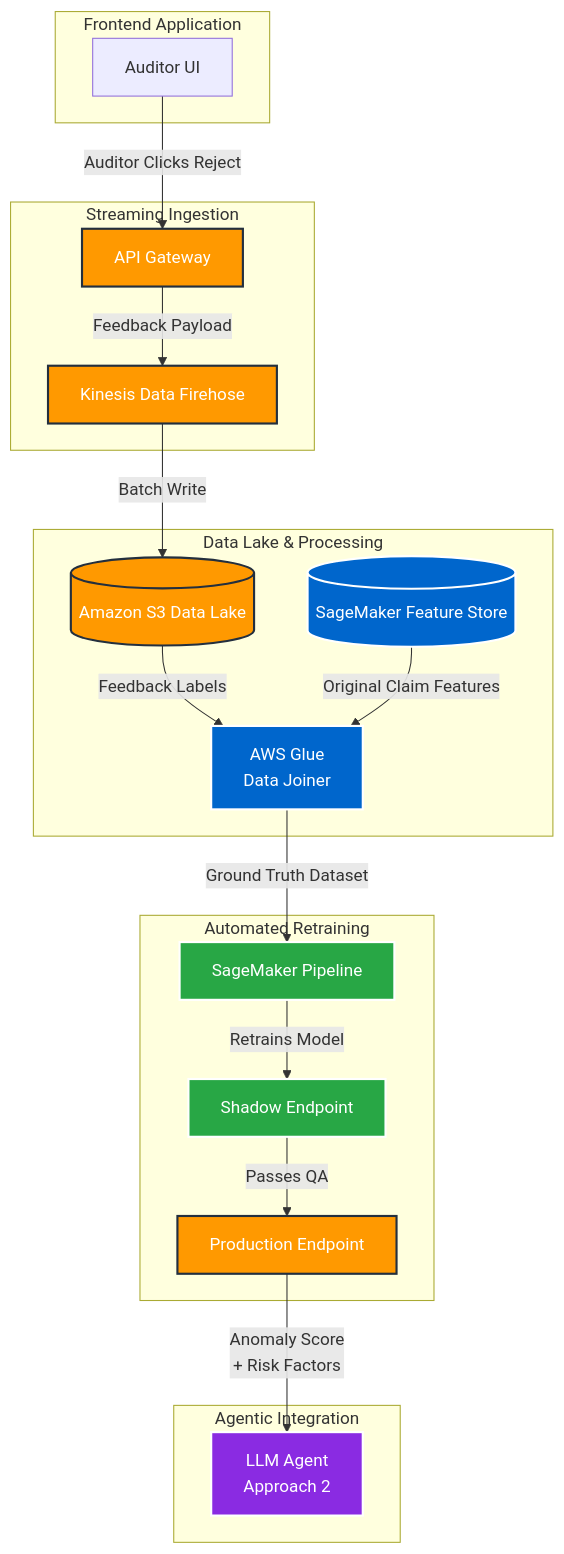
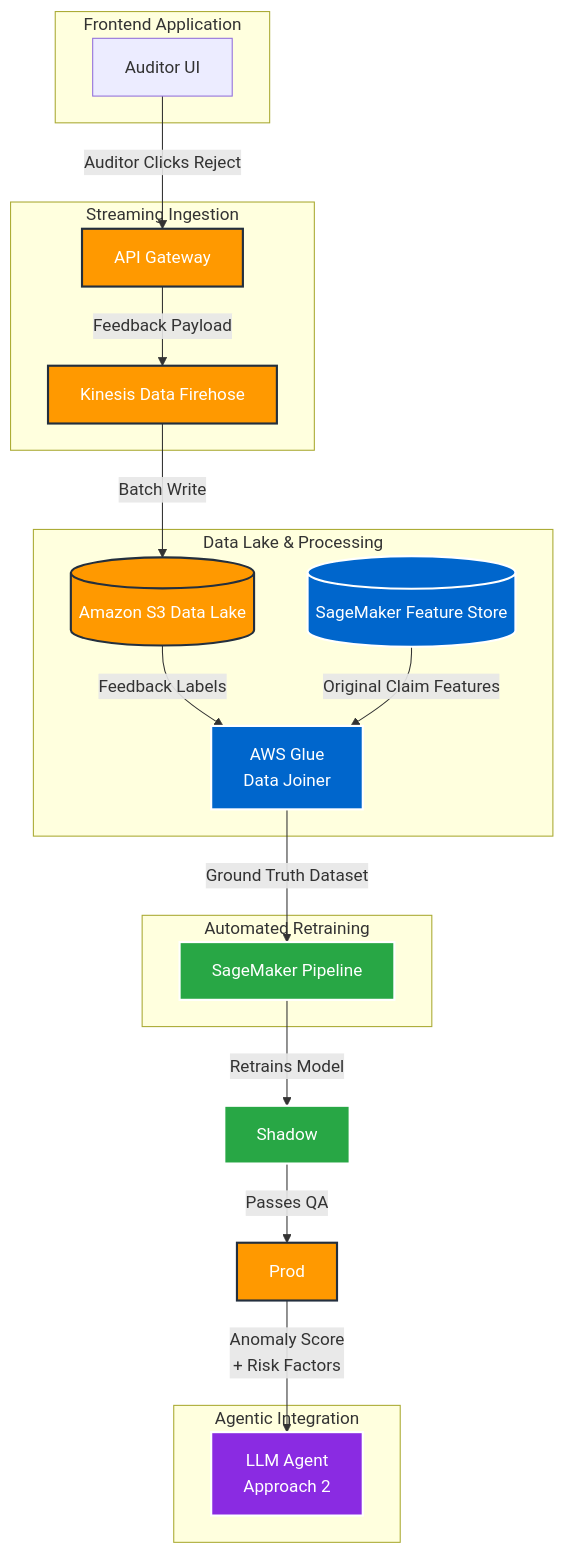
Before and after one commit to VinodKumarKP/my_portfolio: the first of 2 diagrams in src/content/proof-of-concepts/auditor-feedback-loop.md, drawn with Mermaid.

````diff
--- a/src/content/proof-of-concepts/auditor-feedback-loop.md
+++ b/src/content/proof-of-concepts/auditor-feedback-loop.md
@@ -25,47 +25,45 @@
 ```mermaid
 graph TD
     subgraph Frontend Application
         UI[Auditor UI]
     end
 
     subgraph Streaming Ingestion
         API[API Gateway]
         Kin[Kinesis Data Firehose]
     end
 
     subgraph Data Lake & Processing
         S3[(Amazon S3 Data Lake)]
         FS[(SageMaker Feature Store)]
         Glue[AWS Glue\nData Joiner]
     end
 
     subgraph Automated Retraining
         Pipe[SageMaker Pipeline]
-        Shadow[Shadow Endpoint]
-        Prod[Production Endpoint]
     end
 
     subgraph Agentic Integration
         Agent[LLM Agent\nApproach 2]
     end
 
     UI -->|Auditor Clicks Reject| API
     API -->|Feedback Payload| Kin
     Kin -->|Batch Write| S3
     S3 -->|Feedback Labels| Glue
     FS -->|Original Claim Features| Glue
     Glue -->|Ground Truth Dataset| Pipe
     Pipe -->|Retrains Model| Shadow
     Shadow -->|Passes QA| Prod
     Prod -->|Anomaly Score\n+ Risk Factors| Agent
 
     classDef aws fill:#FF9900,stroke:#232F3E,stroke-width:2px,color:#fff;
     classDef data fill:#0066cc,stroke:#fff,stroke-width:2px,color:#fff;
     classDef ml fill:#28a745,stroke:#fff,stroke-width:2px,color:#fff;
     classDef hybrid fill:#8a2be2,stroke:#fff,stroke-width:2px,color:#fff;
     
     class API,Kin,S3,Prod aws;
     class FS,Glue data;
     class Pipe,Shadow ml;
     class Agent hybrid;
 ```
````
